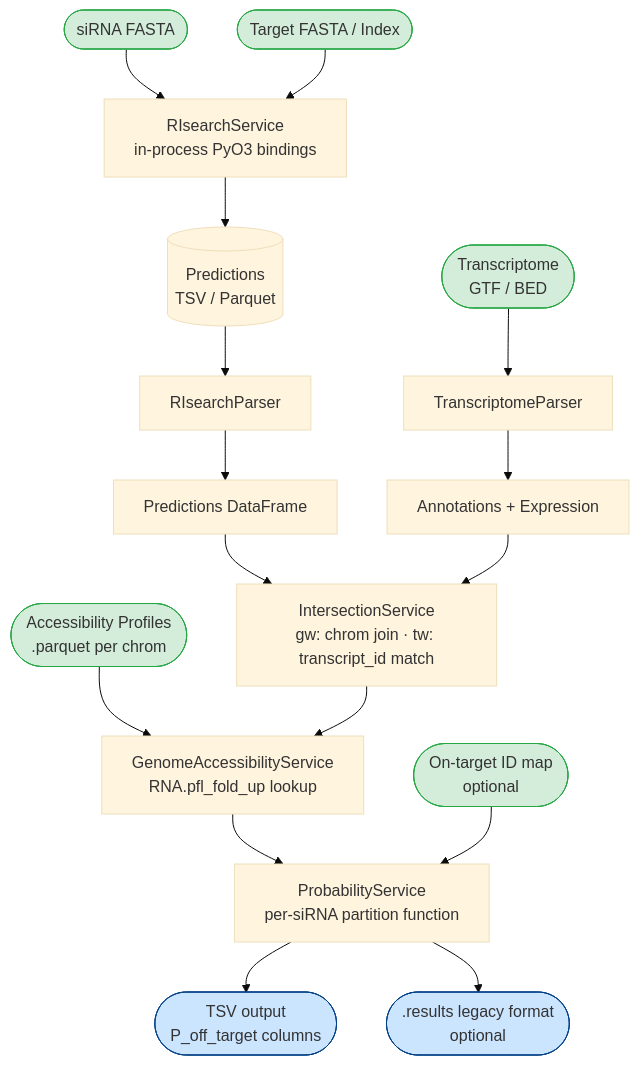
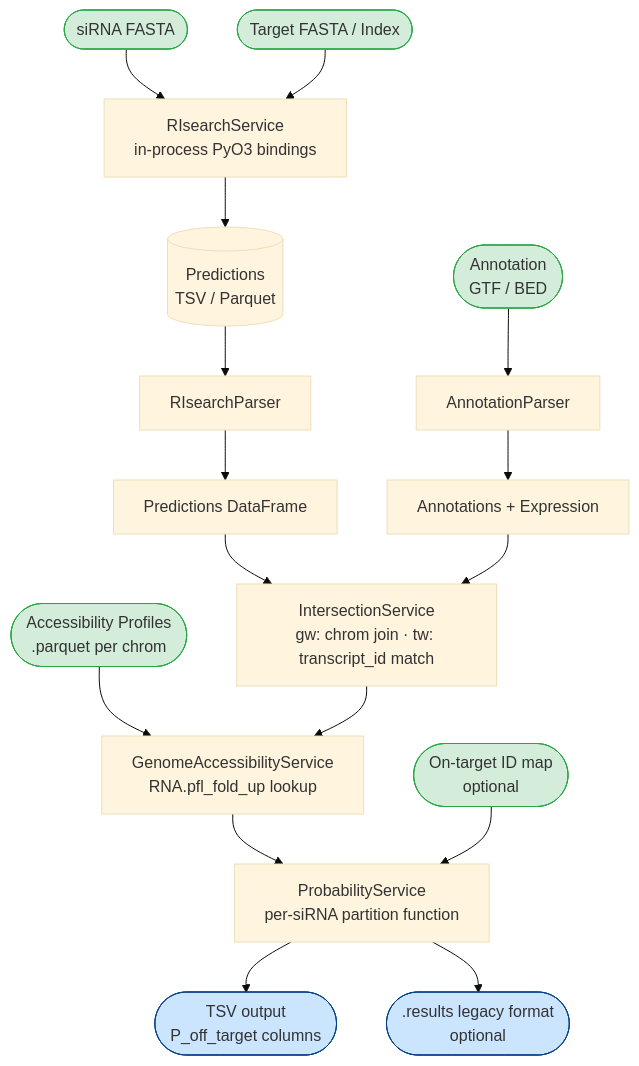
The diagram in README.md (lorenzo-22/RIsearch_pipeline), drawn with Mermaid (base theme) before and after one commit. The commit also changed 7 other files, not shown here.

First line of the commit message:
refactor: rename TranscriptomeParser to AnnotationParser

````diff
--- a/README.md
+++ b/README.md
@@ -9,31 +9,31 @@
 ```mermaid
 flowchart TD
     A([siRNA FASTA]) --> B[RIsearchService\nin-process PyO3 bindings]
     C([Target FASTA / Index]) --> B
     B --> D[(Predictions\nTSV / Parquet)]
     D --> E[RIsearchParser]
 
     E --> F[Predictions DataFrame]
-    G([Transcriptome\nGTF / BED]) --> H[TranscriptomeParser]
+    G([Annotation\nGTF / BED]) --> H[AnnotationParser]
     H --> I[Annotations + Expression]
 
     F --> J[IntersectionService\ngw: chrom join · tw: transcript_id match]
     I --> J
 
     K([Accessibility Profiles\n.parquet per chrom]) --> L[GenomeAccessibilityService\nRNA.pfl_fold_up lookup]
     J --> L
 
     L --> M[ProbabilityService\nper-siRNA partition function]
     N([On-target ID map\noptional]) --> M
 
     M --> O([TSV output\nP_off_target columns])
     M --> P([.results legacy format\noptional])
 
     style A fill:#d4edda,stroke:#28a745
     style C fill:#d4edda,stroke:#28a745
     style G fill:#d4edda,stroke:#28a745
     style K fill:#d4edda,stroke:#28a745
     style N fill:#d4edda,stroke:#28a745
     style O fill:#cce5ff,stroke:#004085
     style P fill:#cce5ff,stroke:#004085
 ```
````
